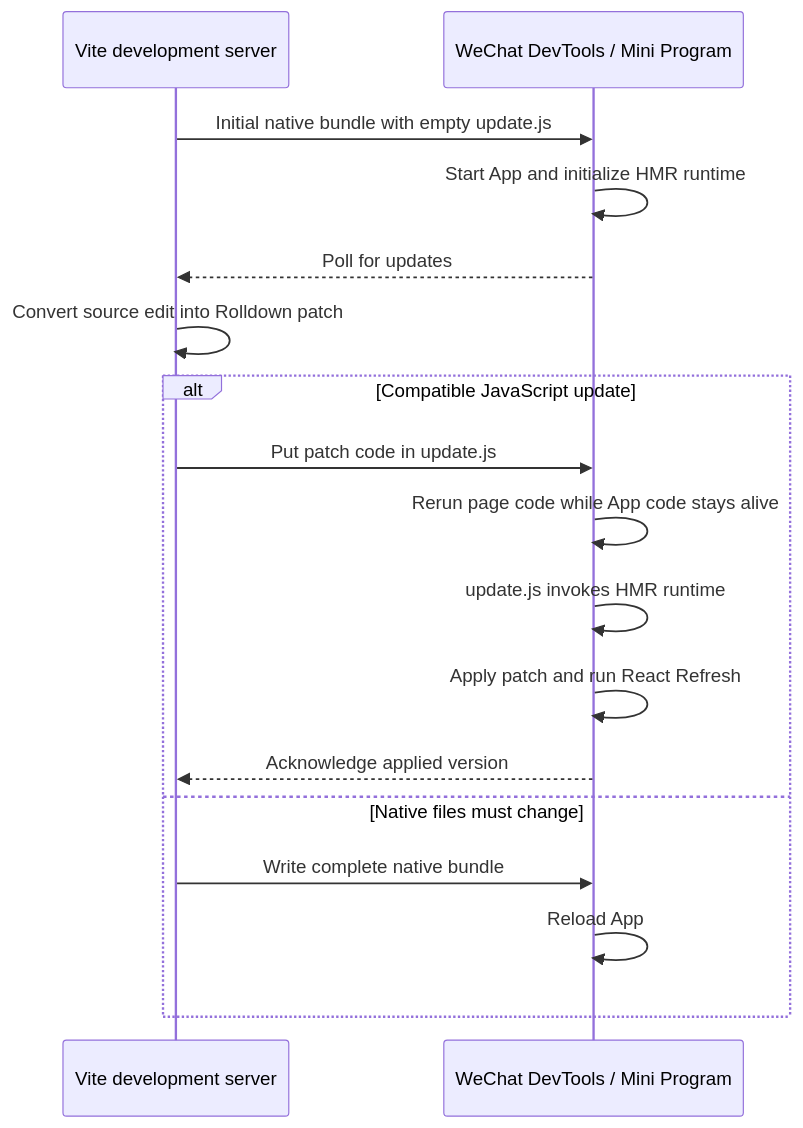
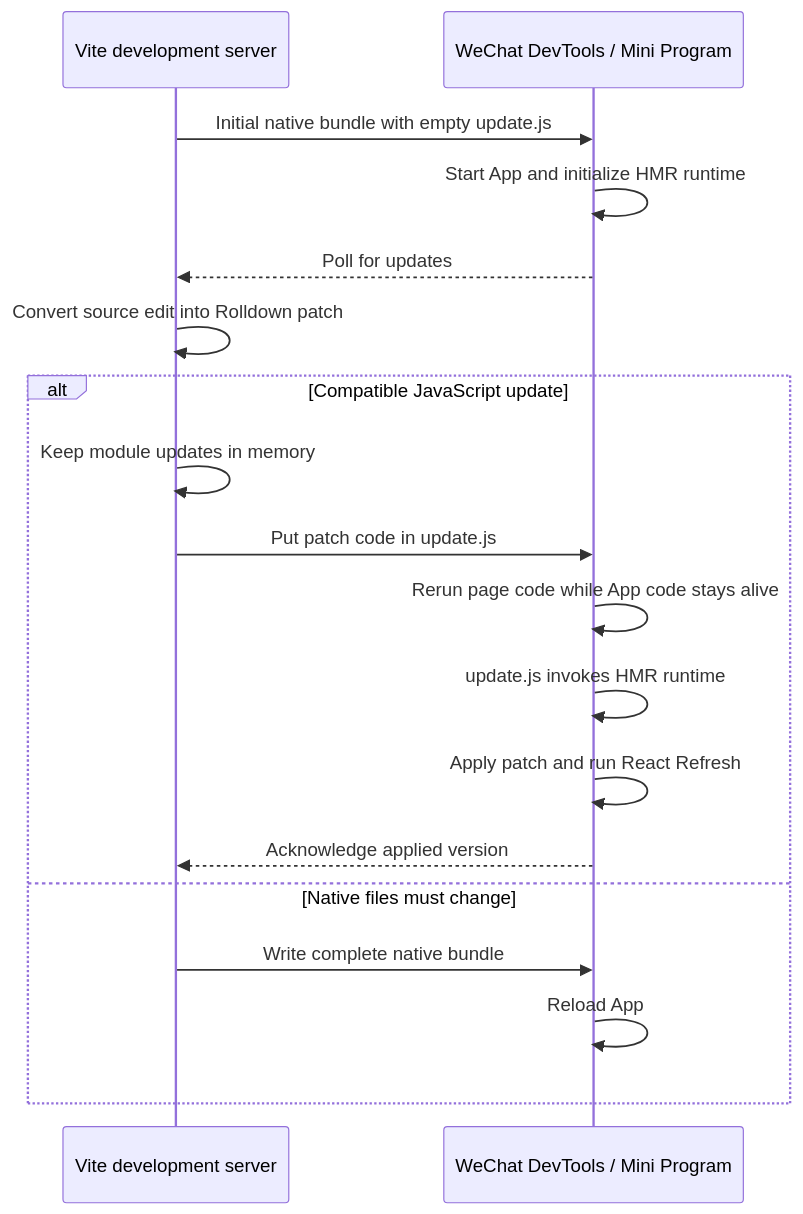
Before and after one commit to sep2/vite-plugin-taro: the diagram in draft/hmr-architecture.md, drawn with Mermaid. The commit also changed other lines of this file and 1 other file, not shown here.

Commit message:
docs: elaborate on memory-based updates and `update.js` workflows in HMR architecture draft

````diff
--- a/draft/hmr-architecture.md
+++ b/draft/hmr-architecture.md
@@ -34,22 +36,23 @@
 ```mermaid
 sequenceDiagram
     participant Server as Vite development server
     participant WX as WeChat DevTools / Mini Program
 
     Server->>WX: Initial native bundle with empty update.js
     WX->>WX: Start App and initialize HMR runtime
     WX-->>Server: Poll for updates
 
     Server->>Server: Convert source edit into Rolldown patch
 
     alt Compatible JavaScript update
+        Server->>Server: Keep module updates in memory
         Server->>WX: Put patch code in update.js
         WX->>WX: Rerun page code while App code stays alive
         WX->>WX: update.js invokes HMR runtime
         WX->>WX: Apply patch and run React Refresh
         WX-->>Server: Acknowledge applied version
     else Native files must change
         Server->>WX: Write complete native bundle
         WX->>WX: Reload App
     end
 ```
````
